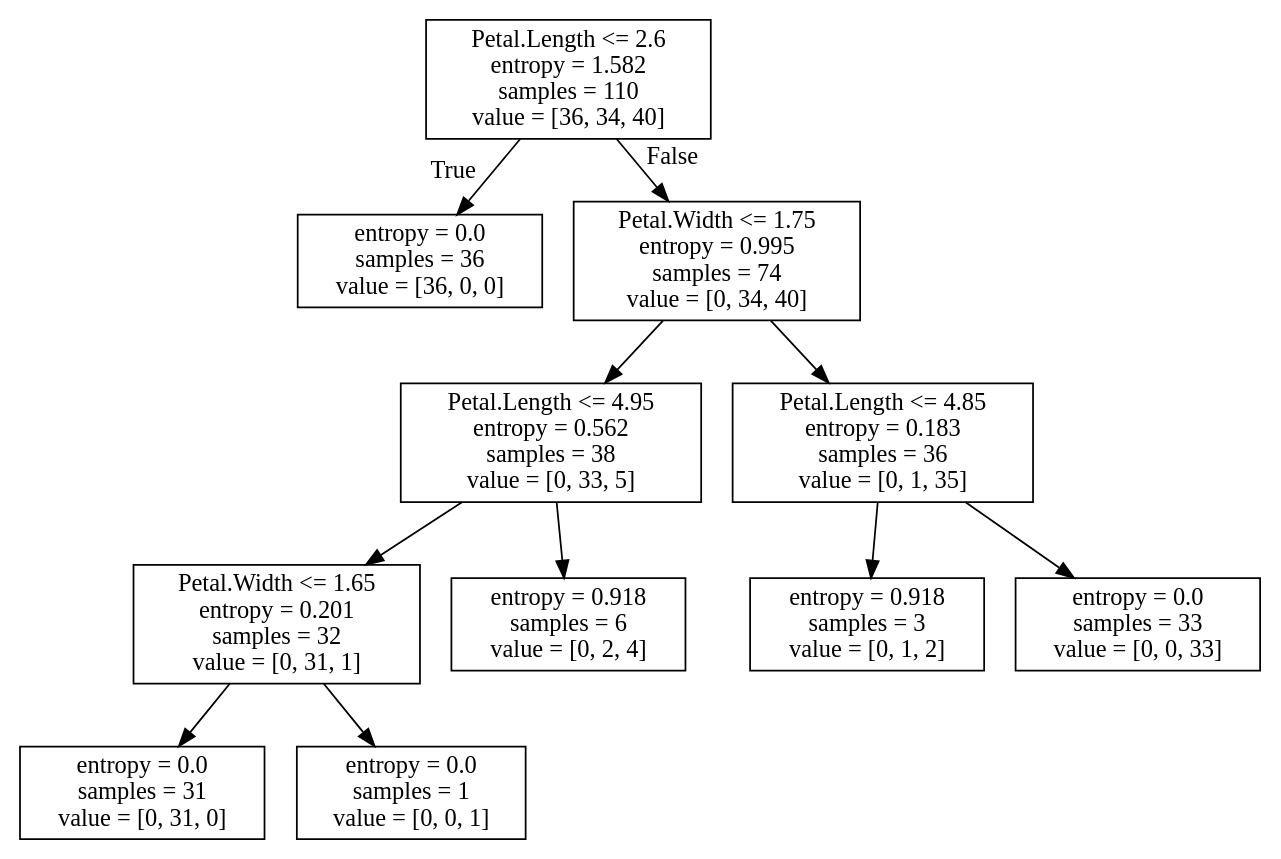
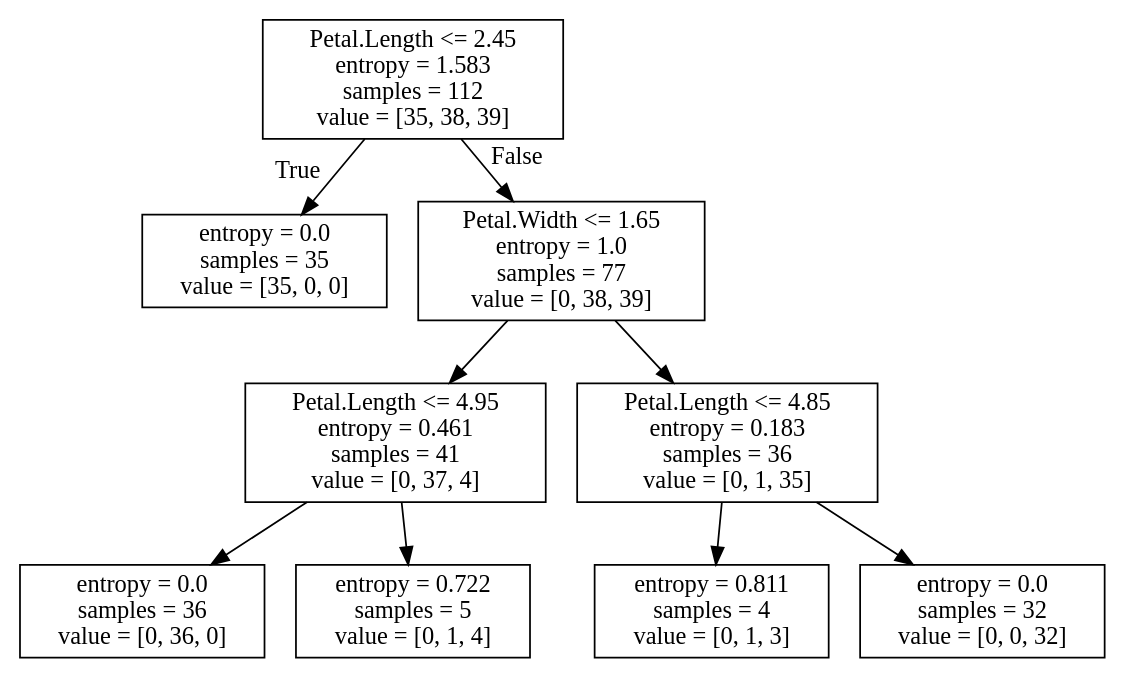
One commit to Karenahv/python-ml-curso changed the diagram in notebooks/resources/iris_dtree.dot. Above: the diagram before and after it, drawn with Graphviz. The commit also changed 1 other file, not shown here.

```diff
--- a/notebooks/resources/iris_dtree.dot
+++ b/notebooks/resources/iris_dtree.dot
@@ -1,24 +1,20 @@
 digraph Tree {
 node [shape=box] ;
-0 [label="Petal.Length <= 2.6\nentropy = 1.582\nsamples = 110\nvalue = [36, 34, 40]"] ;
-1 [label="entropy = 0.0\nsamples = 36\nvalue = [36, 0, 0]"] ;
+0 [label="Petal.Length <= 2.45\nentropy = 1.583\nsamples = 112\nvalue = [35, 38, 39]"] ;
+1 [label="entropy = 0.0\nsamples = 35\nvalue = [35, 0, 0]"] ;
 0 -> 1 [labeldistance=2.5, labelangle=45, headlabel="True"] ;
-2 [label="Petal.Width <= 1.75\nentropy = 0.995\nsamples = 74\nvalue = [0, 34, 40]"] ;
+2 [label="Petal.Width <= 1.65\nentropy = 1.0\nsamples = 77\nvalue = [0, 38, 39]"] ;
 0 -> 2 [labeldistance=2.5, labelangle=-45, headlabel="False"] ;
-3 [label="Petal.Length <= 4.95\nentropy = 0.562\nsamples = 38\nvalue = [0, 33, 5]"] ;
+3 [label="Petal.Length <= 4.95\nentropy = 0.461\nsamples = 41\nvalue = [0, 37, 4]"] ;
 2 -> 3 ;
-4 [label="Petal.Width <= 1.65\nentropy = 0.201\nsamples = 32\nvalue = [0, 31, 1]"] ;
+4 [label="entropy = 0.0\nsamples = 36\nvalue = [0, 36, 0]"] ;
 3 -> 4 ;
-5 [label="entropy = 0.0\nsamples = 31\nvalue = [0, 31, 0]"] ;
-4 -> 5 ;
-6 [label="entropy = 0.0\nsamples = 1\nvalue = [0, 0, 1]"] ;
-4 -> 6 ;
-7 [label="entropy = 0.918\nsamples = 6\nvalue = [0, 2, 4]"] ;
-3 -> 7 ;
-8 [label="Petal.Length <= 4.85\nentropy = 0.183\nsamples = 36\nvalue = [0, 1, 35]"] ;
-2 -> 8 ;
-9 [label="entropy = 0.918\nsamples = 3\nvalue = [0, 1, 2]"] ;
-8 -> 9 ;
-10 [label="entropy = 0.0\nsamples = 33\nvalue = [0, 0, 33]"] ;
-8 -> 10 ;
+5 [label="entropy = 0.722\nsamples = 5\nvalue = [0, 1, 4]"] ;
+3 -> 5 ;
+6 [label="Petal.Length <= 4.85\nentropy = 0.183\nsamples = 36\nvalue = [0, 1, 35]"] ;
+2 -> 6 ;
+7 [label="entropy = 0.811\nsamples = 4\nvalue = [0, 1, 3]"] ;
+6 -> 7 ;
+8 [label="entropy = 0.0\nsamples = 32\nvalue = [0, 0, 32]"] ;
+6 -> 8 ;
 }
```
